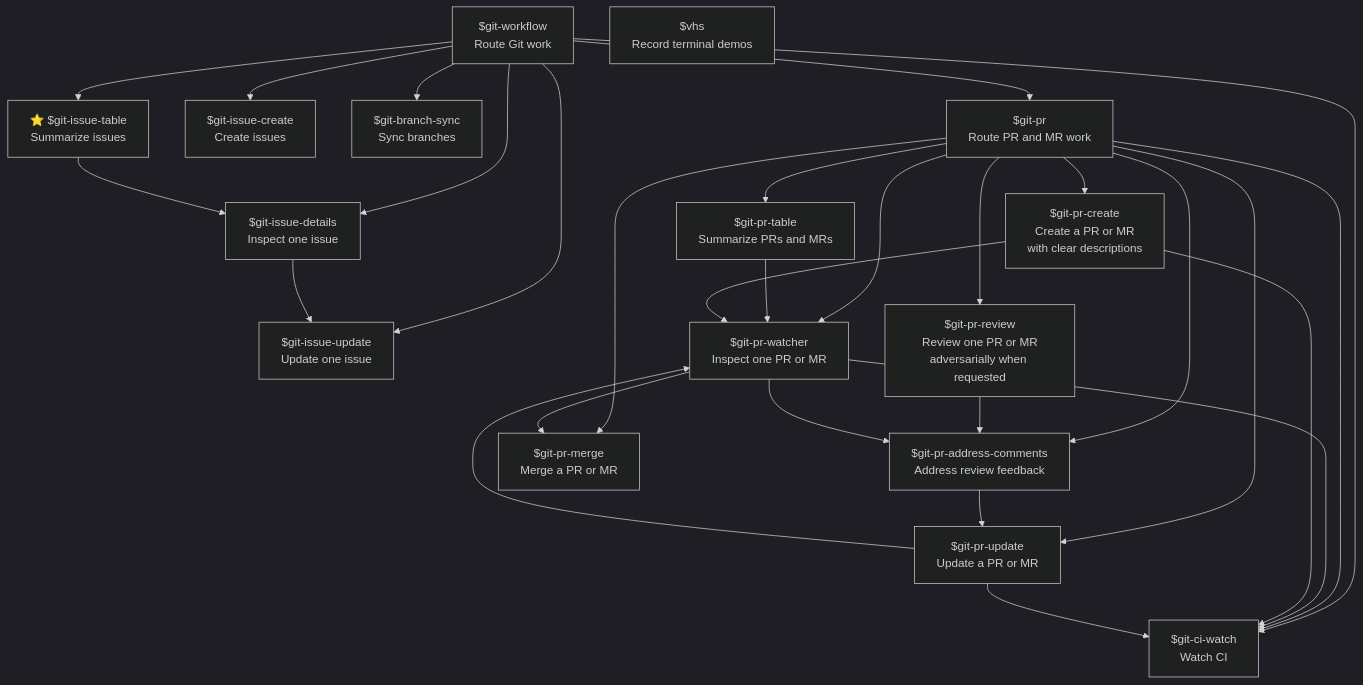
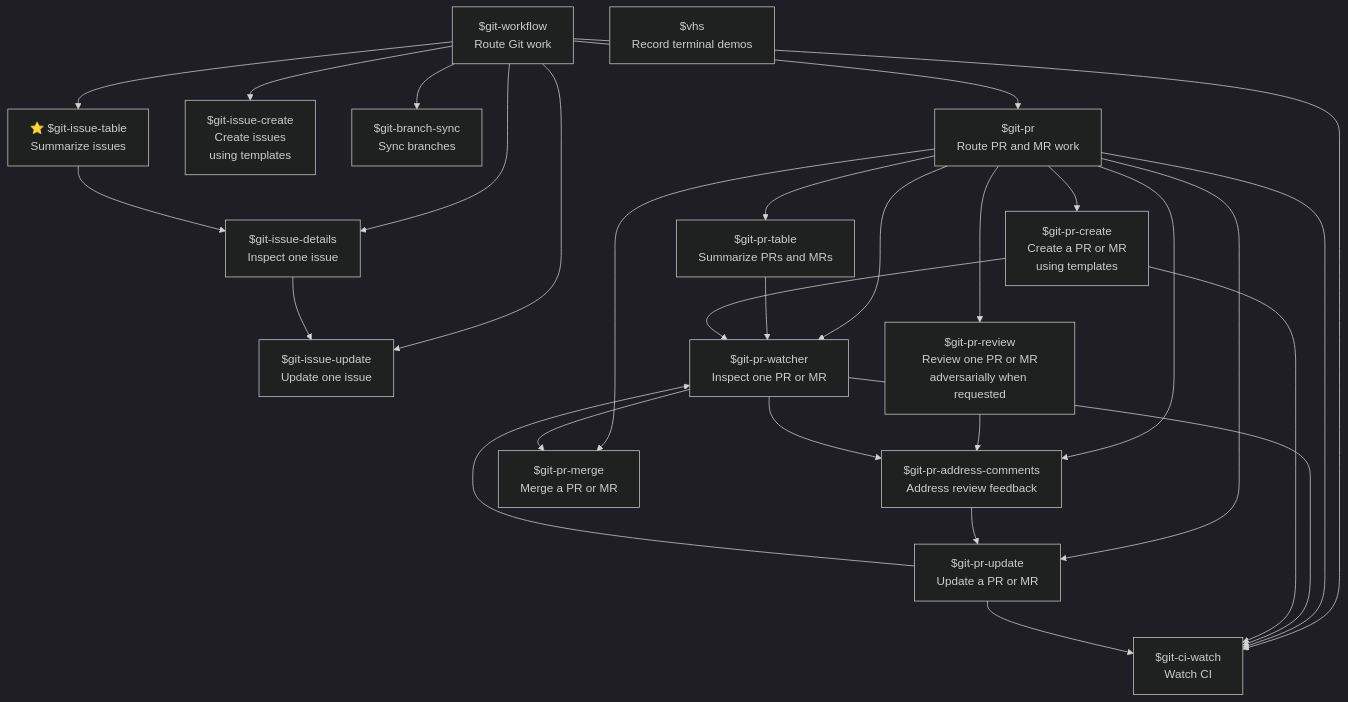
One commit to jeeftor/gitSkills changed the diagram in agent-matrix.md. Above: the diagram before and after it, drawn with Mermaid (dark theme). The commit also changed 7 other files, not shown here.

Commit message:
Require templates for PR and issue creation

````diff
--- a/agent-matrix.md
+++ b/agent-matrix.md
@@ -3,47 +3,47 @@
 ```mermaid
 flowchart TD
     WORKFLOW["$git-workflow<br/>Route Git work"]
     VHS["$vhs<br/>Record terminal demos"]
     ISSUE_TABLE["⭐ $git-issue-table<br/>Summarize issues"]
     ISSUE_DETAILS["$git-issue-details<br/>Inspect one issue"]
-    ISSUE_CREATE["$git-issue-create<br/>Create issues"]
+    ISSUE_CREATE["$git-issue-create<br/>Create issues<br/>using templates"]
     ISSUE_UPDATE["$git-issue-update<br/>Update one issue"]
     BRANCH_SYNC["$git-branch-sync<br/>Sync branches"]
     PR["$git-pr<br/>Route PR and MR work"]
     PR_TABLE["$git-pr-table<br/>Summarize PRs and MRs"]
     PR_WATCHER["$git-pr-watcher<br/>Inspect one PR or MR"]
     PR_REVIEW["$git-pr-review<br/>Review one PR or MR<br/>adversarially when requested"]
     PR_ADDRESS["$git-pr-address-comments<br/>Address review feedback"]
     CI_WATCH["$git-ci-watch<br/>Watch CI"]
-    PR_CREATE["$git-pr-create<br/>Create a PR or MR<br/>with clear descriptions"]
+    PR_CREATE["$git-pr-create<br/>Create a PR or MR<br/>using templates"]
     PR_UPDATE["$git-pr-update<br/>Update a PR or MR"]
     PR_MERGE["$git-pr-merge<br/>Merge a PR or MR"]
 
     WORKFLOW --> ISSUE_TABLE
     WORKFLOW --> ISSUE_DETAILS
     WORKFLOW --> ISSUE_CREATE
     WORKFLOW --> ISSUE_UPDATE
     WORKFLOW --> BRANCH_SYNC
     WORKFLOW --> PR
     WORKFLOW --> CI_WATCH
     ISSUE_TABLE --> ISSUE_DETAILS
     ISSUE_DETAILS --> ISSUE_UPDATE
     PR --> PR_TABLE
     PR --> PR_WATCHER
     PR --> PR_REVIEW
     PR --> PR_ADDRESS
     PR --> CI_WATCH
     PR --> PR_CREATE
     PR --> PR_UPDATE
     PR --> PR_MERGE
     PR_TABLE --> PR_WATCHER
     PR_REVIEW --> PR_ADDRESS
     PR_WATCHER --> CI_WATCH
     PR_WATCHER --> PR_ADDRESS
     PR_ADDRESS --> PR_UPDATE
     PR_CREATE --> PR_WATCHER
     PR_CREATE --> CI_WATCH
     PR_UPDATE --> CI_WATCH
     PR_UPDATE --> PR_WATCHER
     PR_WATCHER --> PR_MERGE
 ```
````
